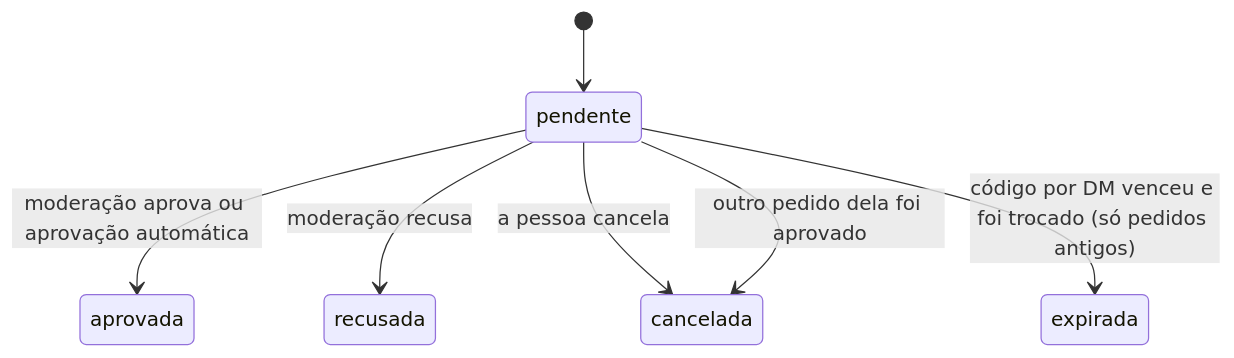
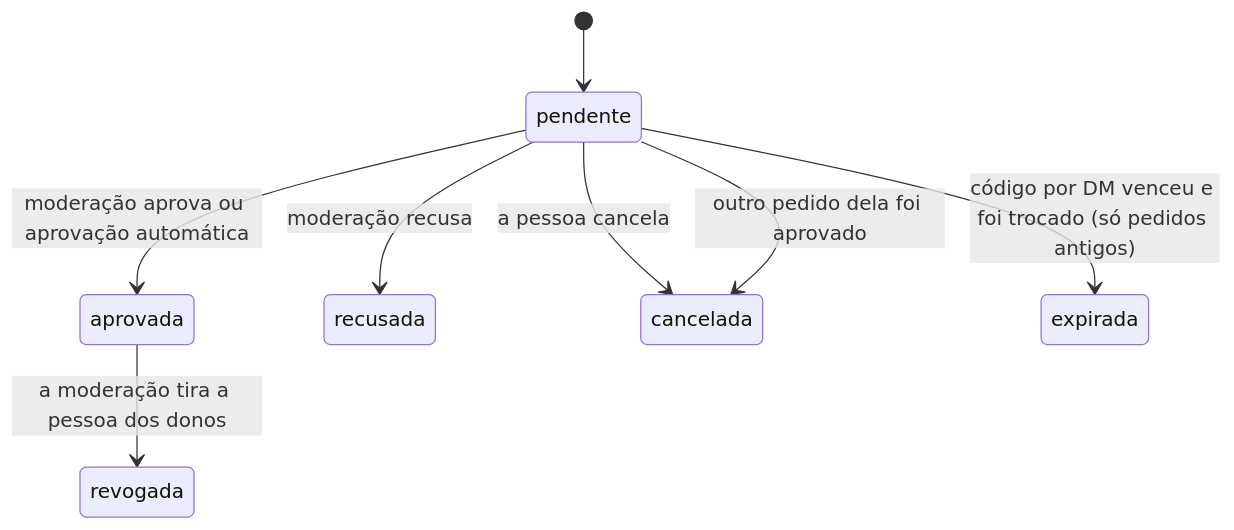
Before and after one commit to fabs-reis/Negocio-do-bem: the second of 2 diagrams in docs/regras-de-negocio.md, drawn with Mermaid. The commit also changed other lines of this file and 15 other files, not shown here.

First line of the commit message:
Moderação tira um dono do negócio, com motivo e confirmação

````diff
--- a/docs/regras-de-negocio.md
+++ b/docs/regras-de-negocio.md
@@ -543,9 +564,10 @@
 ```mermaid
 stateDiagram-v2
     [*] --> pendente
     pendente --> aprovada: moderação aprova ou aprovação automática
     pendente --> recusada: moderação recusa
     pendente --> cancelada: a pessoa cancela
     pendente --> cancelada: outro pedido dela foi aprovado
     pendente --> expirada: código por DM venceu e foi trocado (só pedidos antigos)
+    aprovada --> revogada: a moderação tira a pessoa dos donos
 ```
````
